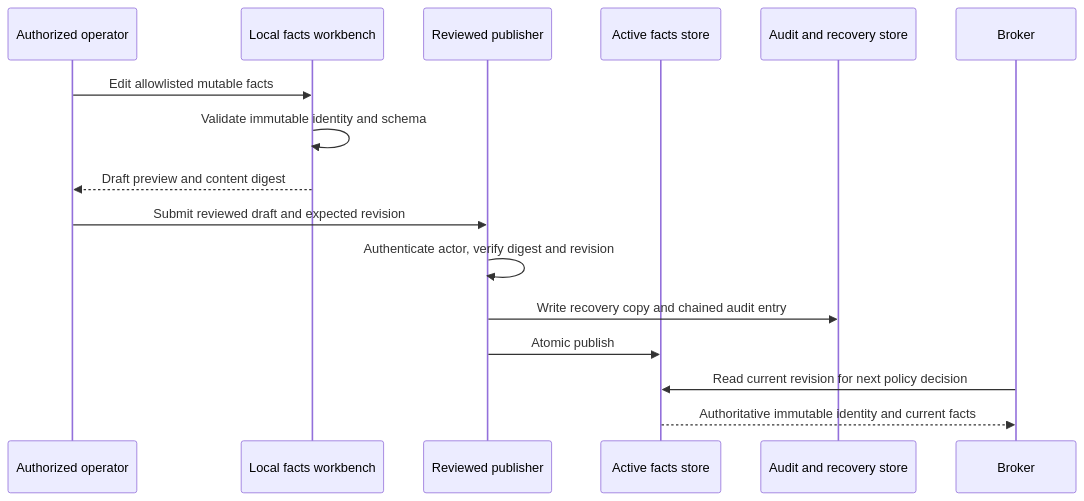
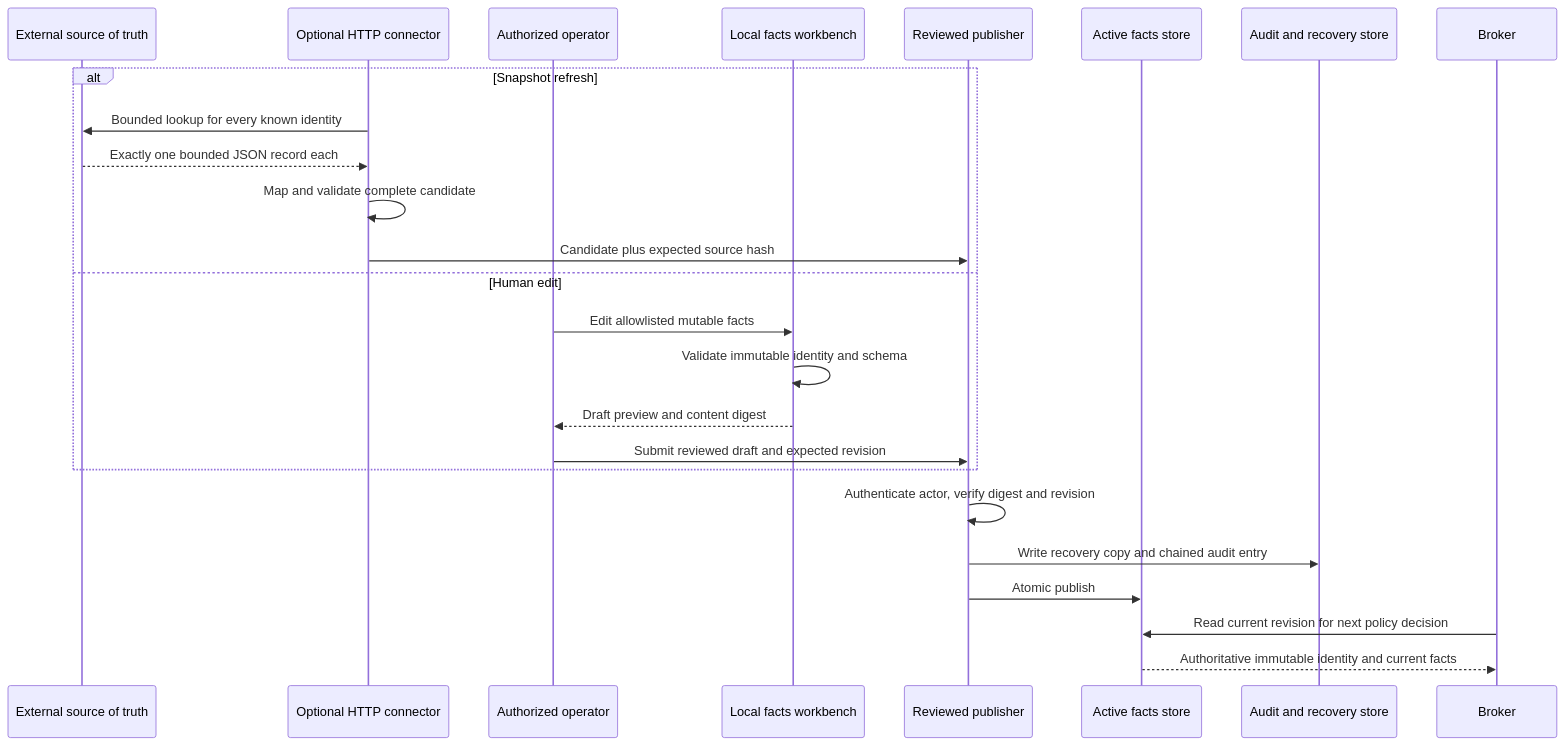
One commit to rovingclimber/adcs-enrollment-broker changed the diagram in docs/protocols/facts-flow.md. Above: the diagram before and after it, drawn with Mermaid. The commit also changed other lines of this file and 100 other files, not shown here.

````diff
--- a/docs/protocols/facts-flow.md
+++ b/docs/protocols/facts-flow.md
@@ -3,18 +3,27 @@
 ```mermaid
 sequenceDiagram
+  participant S as External source of truth
+  participant C as Optional HTTP connector
   participant O as Authorized operator
   participant W as Local facts workbench
   participant P as Reviewed publisher
   participant F as Active facts store
   participant A as Audit and recovery store
   participant B as Broker
+  alt Snapshot refresh
+    C->>S: Bounded lookup for every known identity
+    S-->>C: Exactly one bounded JSON record each
+    C->>C: Map and validate complete candidate
+    C->>P: Candidate plus expected source hash
+  else Human edit
   O->>W: Edit allowlisted mutable facts
   W->>W: Validate immutable identity and schema
   W-->>O: Draft preview and content digest
   O->>P: Submit reviewed draft and expected revision
+  end
   P->>P: Authenticate actor, verify digest and revision
   P->>A: Write recovery copy and chained audit entry
   P->>F: Atomic publish
   B->>F: Read current revision for next policy decision
   F-->>B: Authoritative immutable identity and current facts
 ```
````
